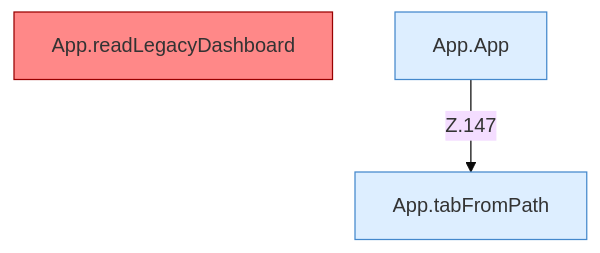
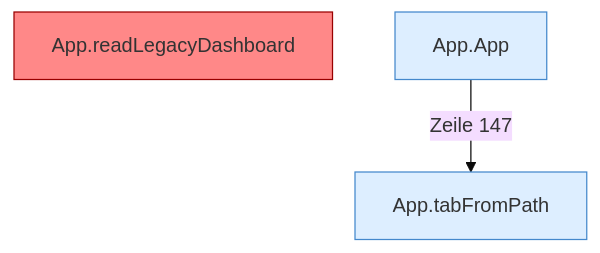
The diagram in UI-App.md (PrinceDiamant/minecraft-serverhoster-plugin), drawn with Mermaid (base theme) before and after one commit. The commit also changed other lines of this file and 2005 other files, not shown here.

````diff
--- a/UI-App.md
+++ b/UI-App.md
@@ -5,10 +5,10 @@
 ```mermaid
 flowchart TD
   n1["App.tabFromPath"]:::internal-link
   n2["App.readLegacyDashboard"]:::internal-link
   n3["App.App"]:::internal-link
-  n3 -->|"Z.147"| n1
+  n3 -->|"Zeile 147"| n1
   classDef internal-link fill:#ddeeff,stroke:#4488cc
   classDef befund fill:#f88
   style n2 fill:#f88,stroke:#900
 ```
````
